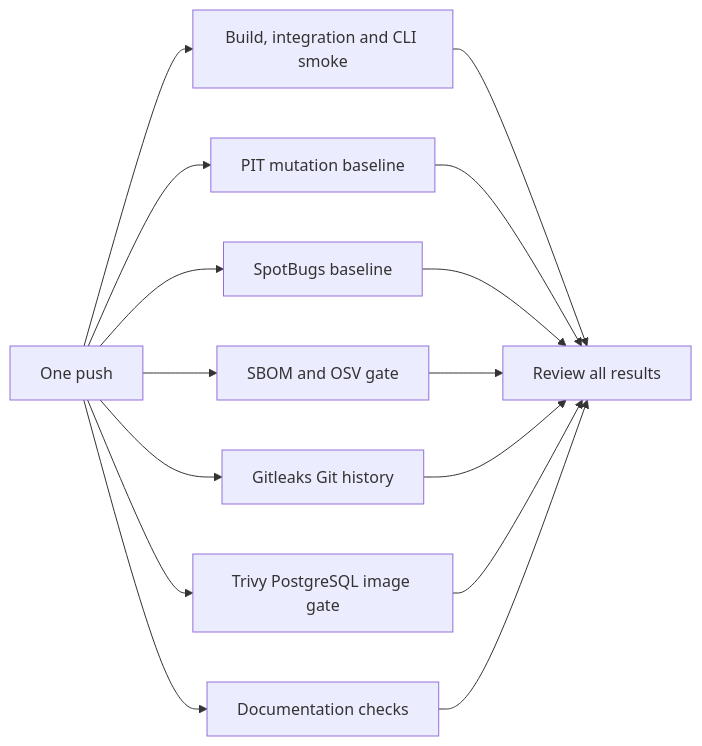
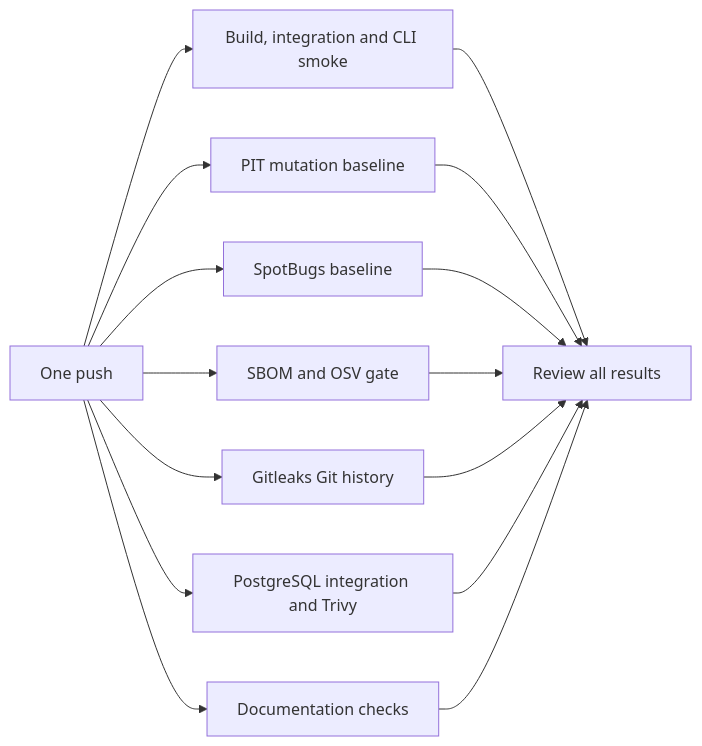
The sixth of 15 diagrams in README.md (hamzador/DataMask4j), drawn with Mermaid before and after one commit. The commit also changed other lines of this file and 8 other files, not shown here.

Commit message:
fix: validate HTML head and rebuild vulnerable PostgreSQL fixture gosu

````diff
--- a/README.md
+++ b/README.md
@@ -197,17 +197,17 @@
 ```mermaid
 flowchart LR
     A[One push] --> B[Build, integration and CLI smoke]
     A --> C[PIT mutation baseline]
     A --> D[SpotBugs baseline]
     A --> E[SBOM and OSV gate]
     A --> F[Gitleaks Git history]
-    A --> G[Trivy PostgreSQL image gate]
+    A --> G[PostgreSQL integration and Trivy]
     A --> H[Documentation checks]
     B --> Z[Review all results]
     C --> Z
     D --> Z
     E --> Z
     F --> Z
     G --> Z
     H --> Z
 ```
````
